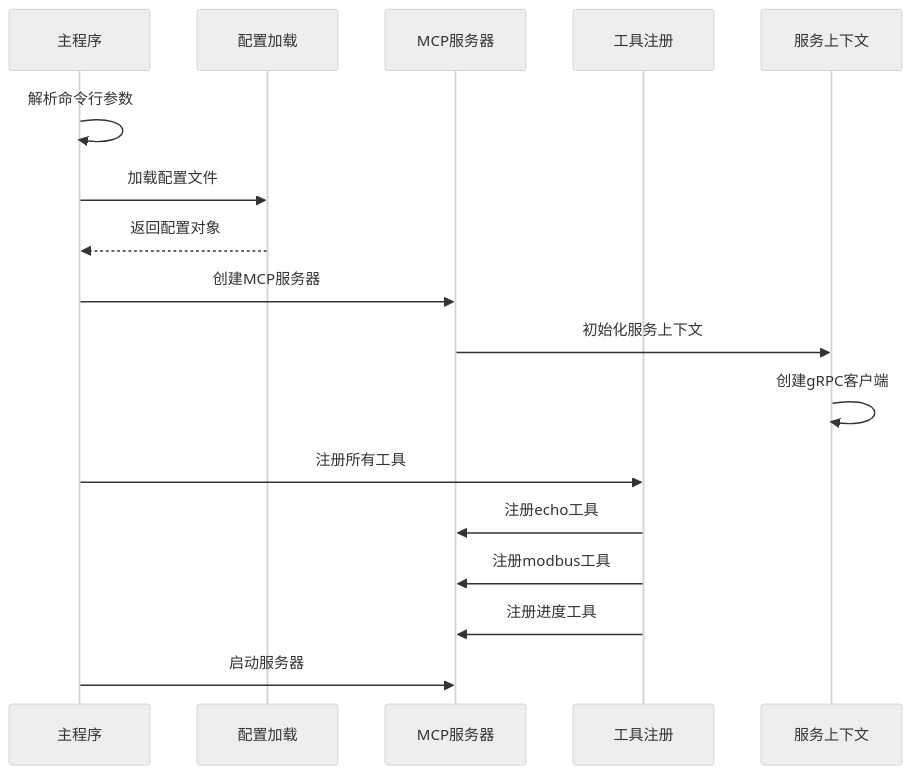
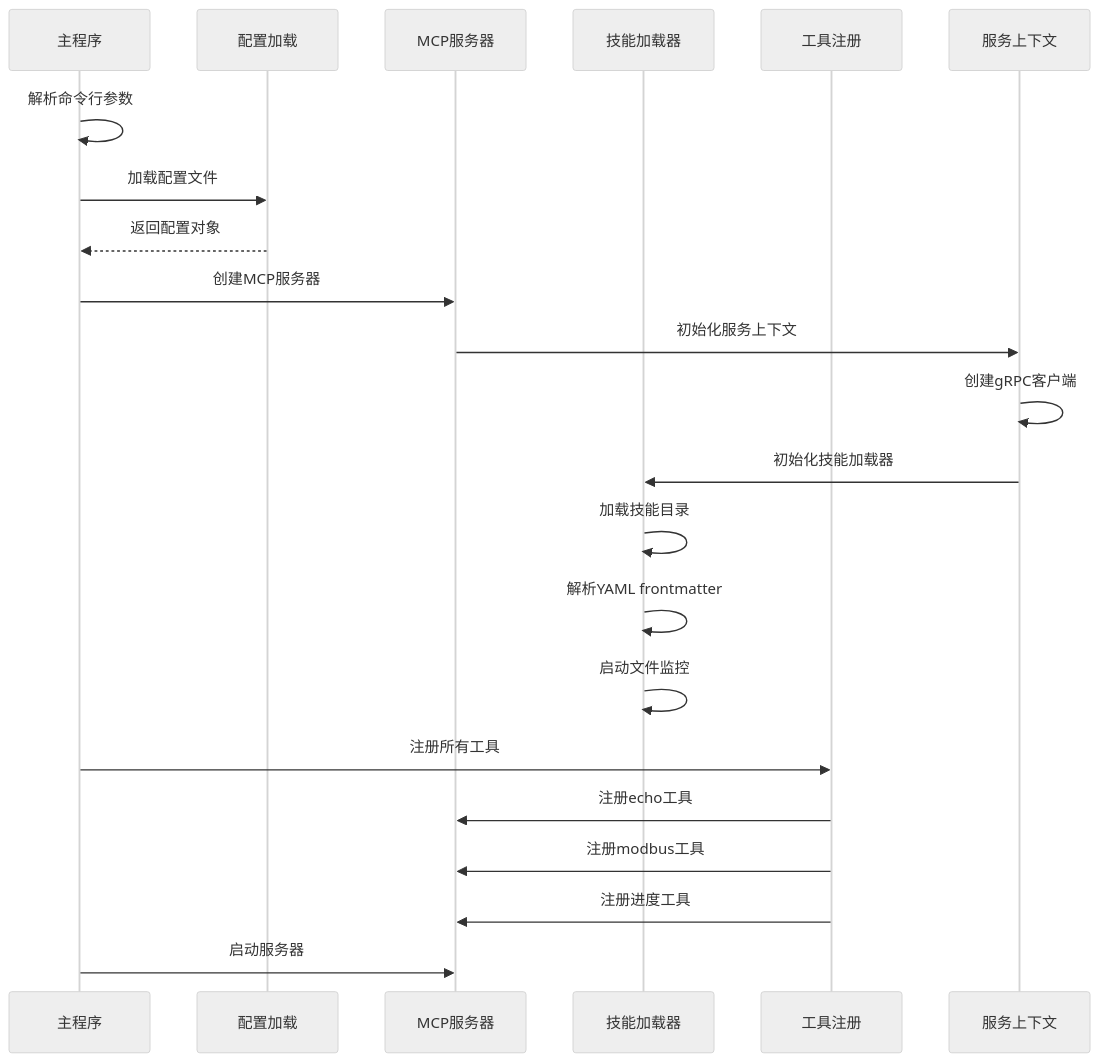
Before and after one commit to maomao94/zero-service: the fourth of 11 diagrams in .qoder/repowiki/zh/content/MCP服务器配置.md, drawn with Mermaid (neutral theme). The commit also changed other lines of this file and 48 other files, not shown here.

````diff
--- a/.qoder/repowiki/zh/content/MCP服务器配置.md
+++ b/.qoder/repowiki/zh/content/MCP服务器配置.md
@@ -172,19 +203,24 @@
 ```mermaid
 sequenceDiagram
 participant Main as 主程序
 participant Config as 配置加载
 participant Server as MCP服务器
+participant Skills as 技能加载器
 participant Tools as 工具注册
 participant Service as 服务上下文
 Main->>Main : 解析命令行参数
 Main->>Config : 加载配置文件
 Config-->>Main : 返回配置对象
 Main->>Server : 创建MCP服务器
 Server->>Service : 初始化服务上下文
 Service->>Service : 创建gRPC客户端
+Service->>Skills : 初始化技能加载器
+Skills->>Skills : 加载技能目录
+Skills->>Skills : 解析YAML frontmatter
+Skills->>Skills : 启动文件监控
 Main->>Tools : 注册所有工具
 Tools->>Server : 注册echo工具
 Tools->>Server : 注册modbus工具
 Tools->>Server : 注册进度工具
 Main->>Server : 启动服务器
 ```
````
